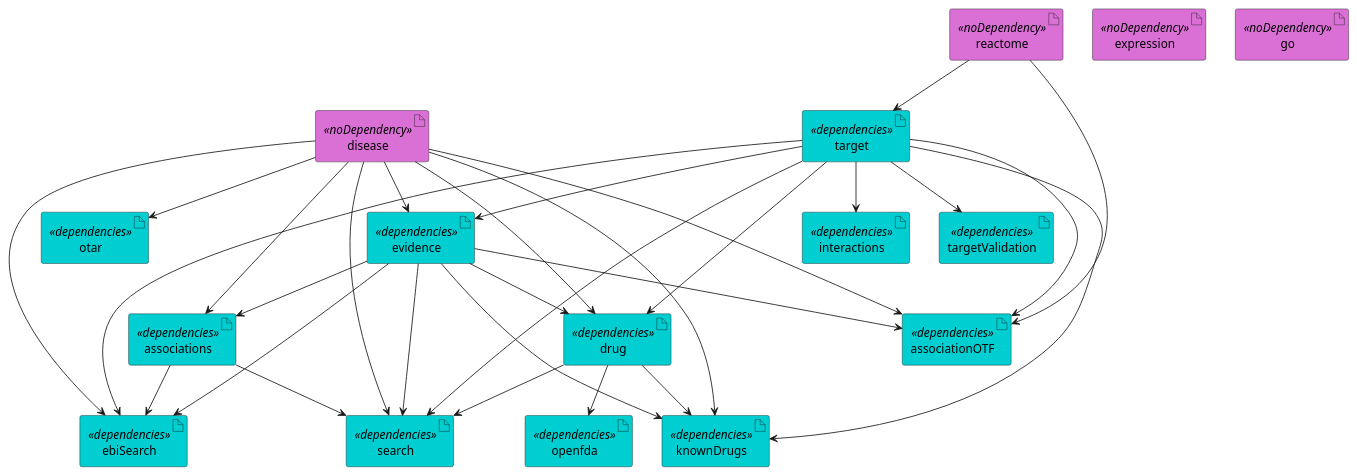
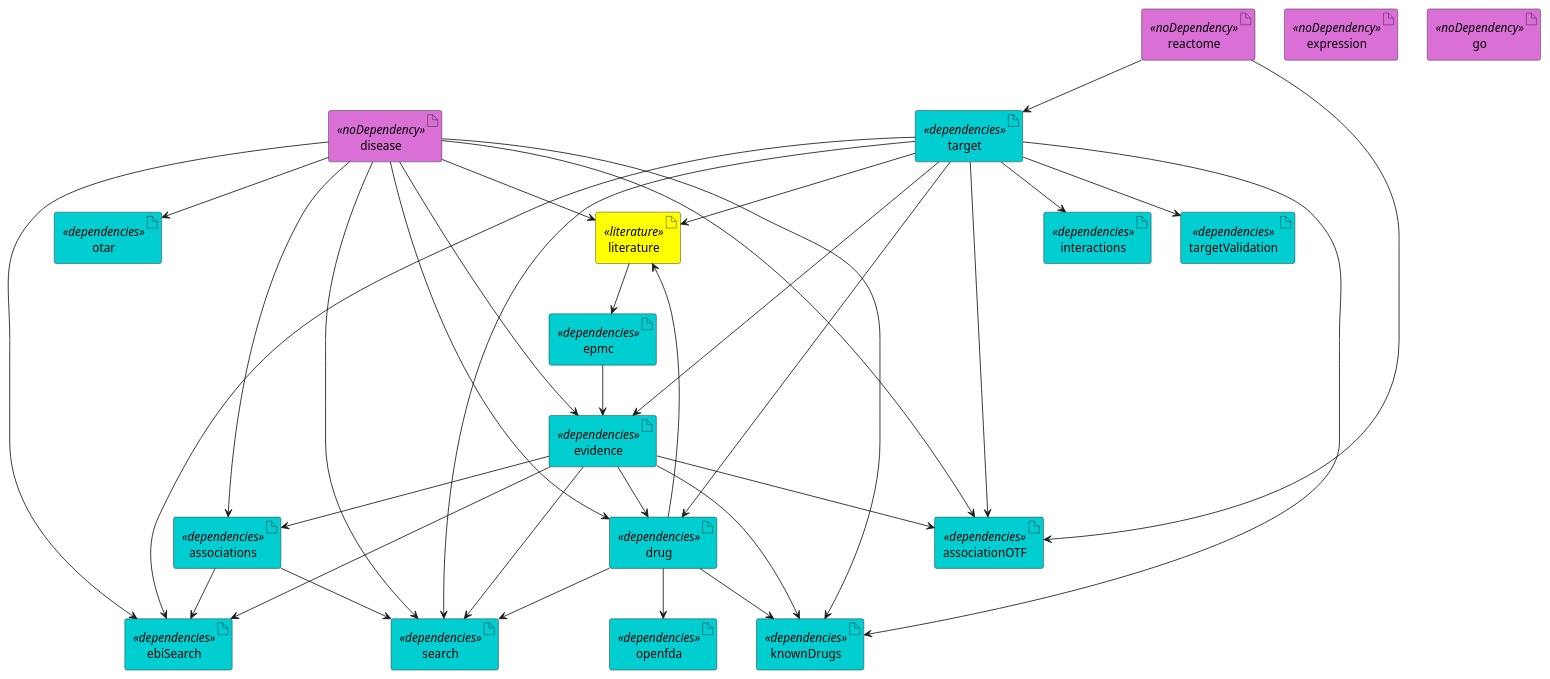
One commit to opentargets/platform-etl-backend changed the diagram in documentation/etl_current.puml. Above: the diagram before and after it, drawn with PlantUML. The commit also changed 4 other files, not shown here.

First line of the commit message:
Add Epmc evidence generation to ETL.

```diff
--- a/documentation/etl_current.puml
+++ b/documentation/etl_current.puml
@@ -1,67 +1,75 @@
 @startuml
 skinparam interface {
     backgroundColor<<input>> darkblue
     backgroundColor<<output>> cyan
 }
 skinparam artifact {
      backgroundColor<<noDependency>> orchid
      backgroundColor<<dependencies>> darkturquoise
+     backgroundColor<<literature>> yellow
  }
 ' steps
+artifact literature <<literature>>
 artifact associations <<dependencies>>
 artifact associationOTF <<dependencies>>
 artifact disease <<noDependency>>
 artifact drug <<dependencies>>
+artifact epmc <<dependencies>>
 artifact evidence <<dependencies>>
 artifact expression <<noDependency>>
 artifact go <<noDependency>>
 artifact interactions <<dependencies>>
 artifact knownDrugs <<dependencies>>
 artifact targetValidation<<dependencies>>
 artifact reactome <<noDependency>>
 artifact search <<dependencies>>
 artifact target <<dependencies>>
 artifact openfda <<dependencies>>
 artifact ebiSearch <<dependencies>>
 artifact otar <<dependencies>>
 
 disease --> otar
 reactome --> target
 
 evidence --> associations
 disease --> associations
 
 reactome --> associationOTF
 evidence --> associationOTF
 disease --> associationOTF
 target --> associationOTF
 
 target --> drug
 disease --> drug
 evidence --> drug
 target --> evidence
 disease --> evidence
 
 evidence --> knownDrugs
 disease --> knownDrugs
 target --> knownDrugs
 drug --> knownDrugs
 
 evidence --> search
 disease --> search
 target --> search
 drug --> search
 associations --> search
 
 target --> interactions
 
 target --> targetValidation
 
 drug --> openfda
 
 disease --> ebiSearch
 target --> ebiSearch
 evidence --> ebiSearch
 associations --> ebiSearch
 
+epmc --> evidence
+literature --> epmc
+target --> literature
+drug --> literature
+disease --> literature
 @enduml
```
